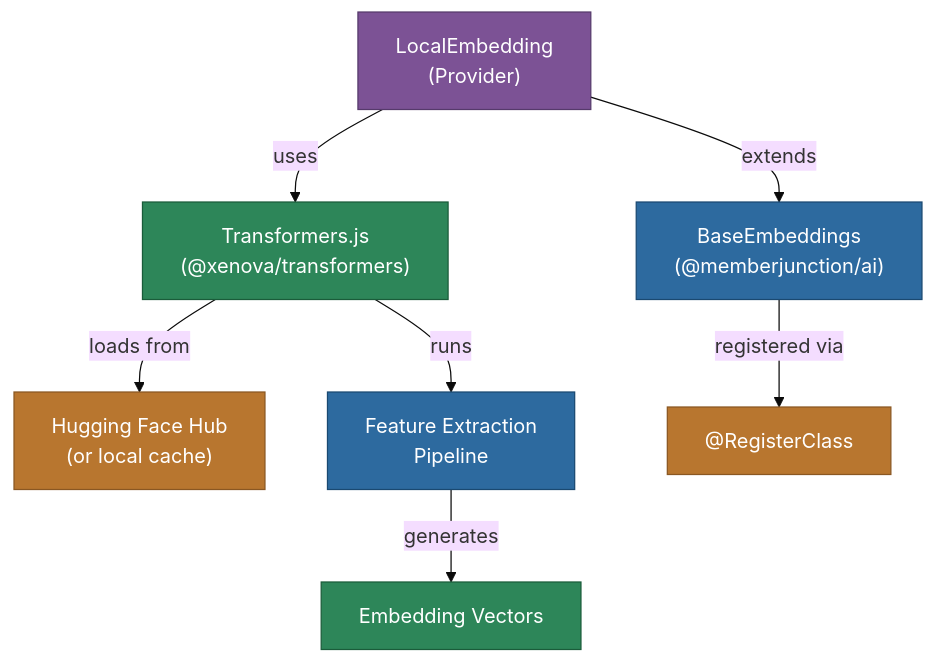
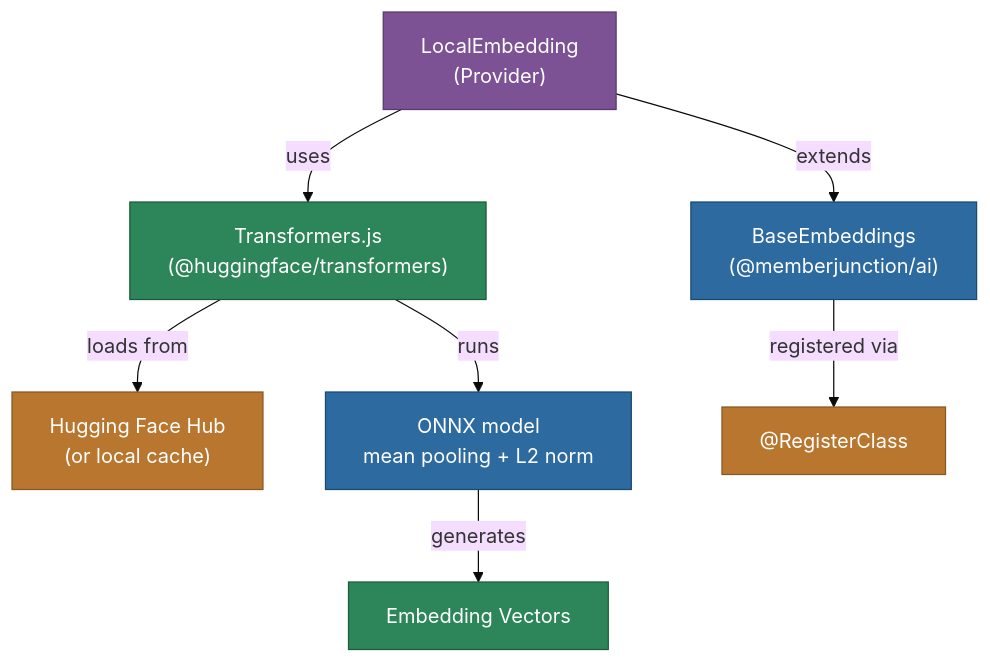
One commit to MemberJunction/MJ changed the diagram in packages/AI/Providers/LocalEmbeddings/README.md. Above: the diagram before and after it, drawn with Mermaid (base theme). The commit also changed other lines of this file and 65 other files, not shown here.

````diff
--- a/packages/AI/Providers/LocalEmbeddings/README.md
+++ b/packages/AI/Providers/LocalEmbeddings/README.md
@@ -7,17 +7,17 @@
 ```mermaid
 graph TD
     A["LocalEmbedding<br/>(Provider)"] -->|extends| B["BaseEmbeddings<br/>(@memberjunction/ai)"]
-    A -->|uses| C["Transformers.js<br/>(@xenova/transformers)"]
+    A -->|uses| C["Transformers.js<br/>(@huggingface/transformers)"]
     C -->|loads from| D["Hugging Face Hub<br/>(or local cache)"]
-    C -->|runs| E["Feature Extraction<br/>Pipeline"]
+    C -->|runs| E["ONNX model<br/>mean pooling + L2 norm"]
     E -->|generates| F["Embedding Vectors"]
     B -->|registered via| G["@RegisterClass"]
 
     style A fill:#7c5295,stroke:#563a6b,color:#fff
     style B fill:#2d6a9f,stroke:#1a4971,color:#fff
     style C fill:#2d8659,stroke:#1a5c3a,color:#fff
     style D fill:#b8762f,stroke:#8a5722,color:#fff
     style E fill:#2d6a9f,stroke:#1a4971,color:#fff
     style F fill:#2d8659,stroke:#1a5c3a,color:#fff
     style G fill:#b8762f,stroke:#8a5722,color:#fff
 ```
````
